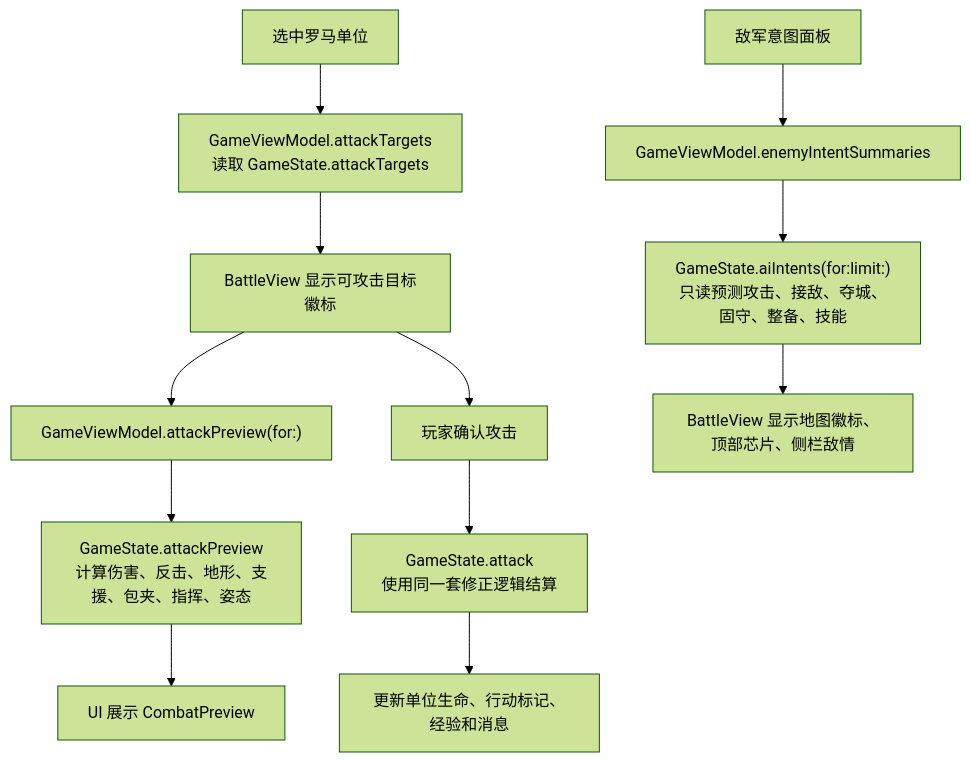
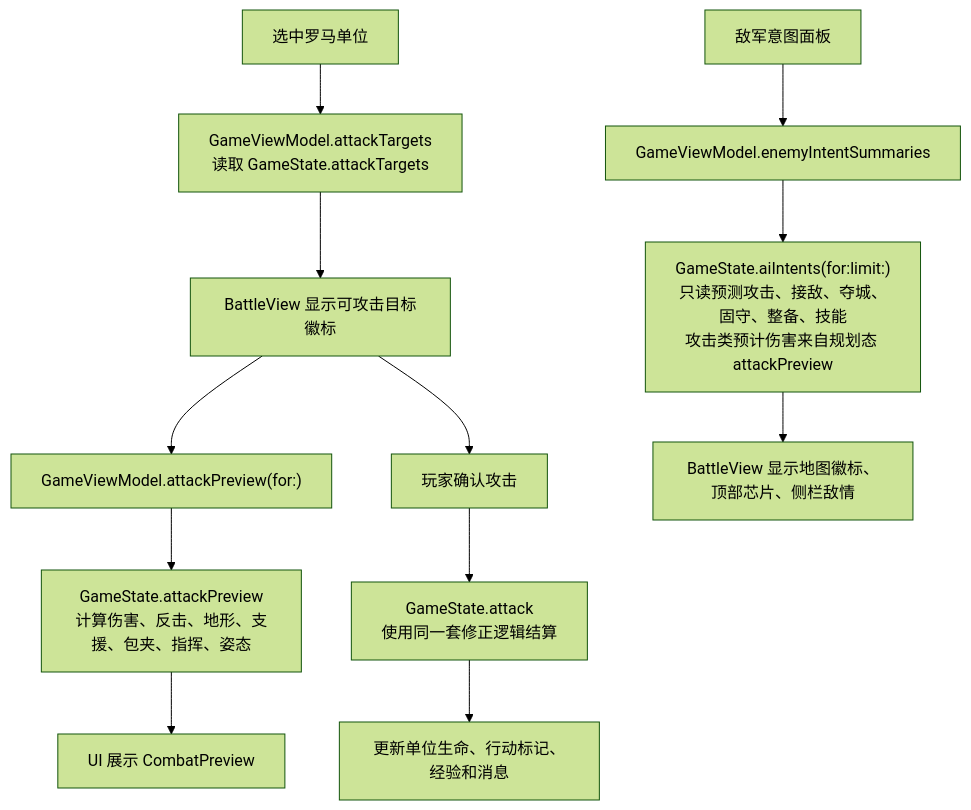
The third of 6 diagrams in md/flow/flowchart.md (Altman-sam114/119), drawn with Mermaid (forest theme) before and after one commit. The commit also changed 9 other files, not shown here.

Commit message:
v0.7: 对齐AI意图与移动后攻击预览

````diff
--- a/md/flow/flowchart.md
+++ b/md/flow/flowchart.md
@@ -44,15 +44,15 @@
 ```mermaid
 flowchart TD
     A["选中罗马单位"] --> B["GameViewModel.attackTargets<br/>读取 GameState.attackTargets"]
     B --> C["BattleView 显示可攻击目标徽标"]
     C --> D["GameViewModel.attackPreview(for:)"]
     D --> E["GameState.attackPreview<br/>计算伤害、反击、地形、支援、包夹、指挥、姿态"]
     E --> F["UI 展示 CombatPreview"]
     C --> G["玩家确认攻击"]
     G --> H["GameState.attack<br/>使用同一套修正逻辑结算"]
     H --> I["更新单位生命、行动标记、经验和消息"]
 
     J["敌军意图面板"] --> K["GameViewModel.enemyIntentSummaries"]
-    K --> L["GameState.aiIntents(for:limit:)<br/>只读预测攻击、接敌、夺城、固守、整备、技能"]
+    K --> L["GameState.aiIntents(for:limit:)<br/>只读预测攻击、接敌、夺城、固守、整备、技能<br/>攻击类预计伤害来自规划态 attackPreview"]
     L --> M["BattleView 显示地图徽标、顶部芯片、侧栏敌情"]
 ```
````
